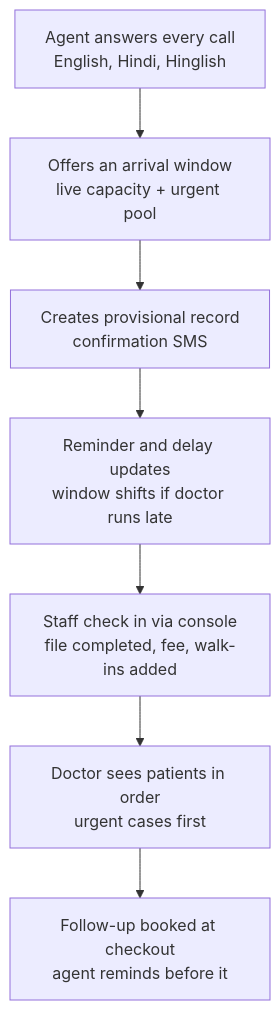
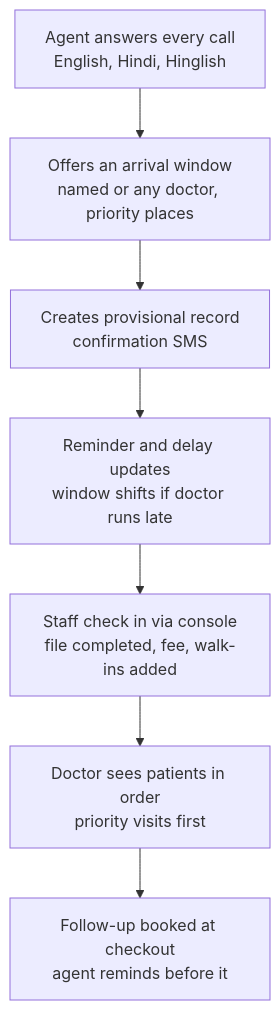
One commit to Anupamgt/tts-agent-1 changed the second of 2 diagrams in docs/flows/clinic-flow-today-vs-agent.md. Above: the diagram before and after it, drawn with Mermaid. The commit also changed other lines of this file and 15 other files, not shown here.

First line of the commit message:
Apply decisions 1, 3, 6, 7, 12, 13 to flows, schema and alignment

````diff
--- a/docs/flows/clinic-flow-today-vs-agent.md
+++ b/docs/flows/clinic-flow-today-vs-agent.md
@@ -17,9 +17,9 @@
 ```mermaid
 flowchart TB
-    a["Agent answers every call<br/>English, Hindi, Hinglish"] --> b["Offers an arrival window<br/>live capacity + urgent pool"]
+    a["Agent answers every call<br/>English, Hindi, Hinglish"] --> b["Offers an arrival window<br/>named or any doctor, priority places"]
     b --> c["Creates provisional record<br/>confirmation SMS"]
     c --> d["Reminder and delay updates<br/>window shifts if doctor runs late"]
     d --> e["Staff check in via console<br/>file completed, fee, walk-ins added"]
-    e --> f["Doctor sees patients in order<br/>urgent cases first"]
+    e --> f["Doctor sees patients in order<br/>priority visits first"]
     f --> g["Follow-up booked at checkout<br/>agent reminds before it"]
 ```
````
